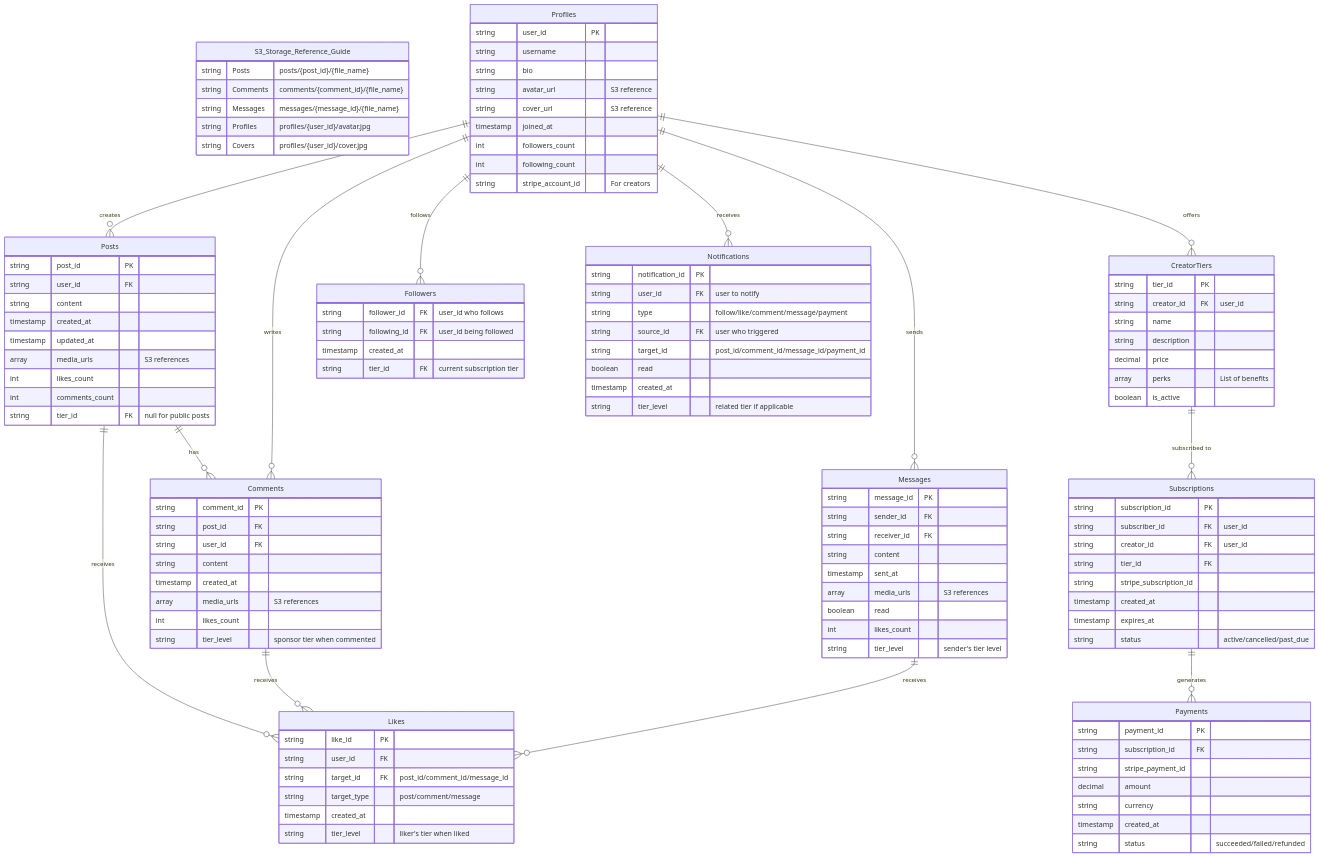
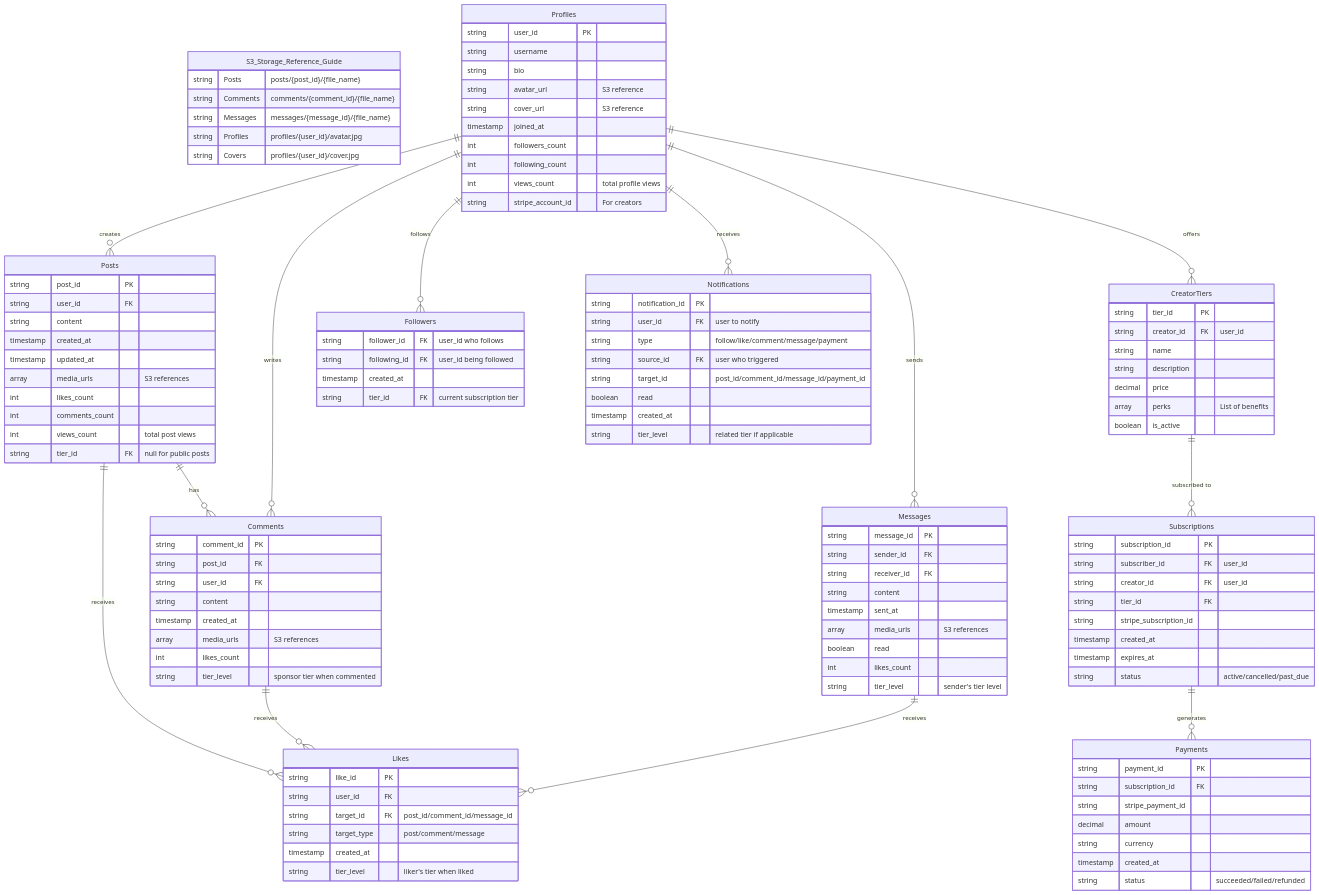
Before and after one commit to lmcrean/odyssey-v2: the diagram in docs/diagrams/database_schema.md, drawn with Mermaid.

Commit message:
docs(diagrams): Add views_count to database schema for posts and profiles
- Introduced a new field, views_count, to both Posts and Profiles entities in the database schema, tracking total views for each.
- This enhancement improves the documentation of the data model, providing better insights into user engagement metrics for posts and profiles.

```diff
--- a/docs/diagrams/database_schema.md
+++ b/docs/diagrams/database_schema.md
@@ -17,6 +17,7 @@
         array media_urls "S3 references"
         int likes_count
         int comments_count
+        int views_count "total post views"
         string tier_id FK "null for public posts"
     }
 
@@ -52,6 +53,7 @@
         timestamp joined_at
         int followers_count
         int following_count
+        int views_count "total profile views"
         string stripe_account_id "For creators"
     }
 
```
